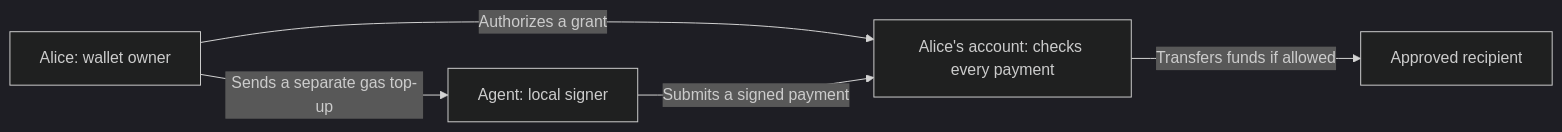
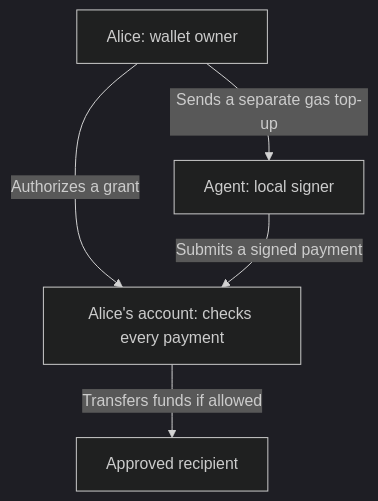
Before and after one commit to stablelabs/agentic.stable.xyz: the diagram in README.md, drawn with Mermaid (dark theme).

Commit message:
Improve overview diagram readability

````diff
--- a/README.md
+++ b/README.md
@@ -20,7 +20,7 @@
 ```mermaid
-flowchart LR
+flowchart TD
     Alice[Alice: wallet owner] -->|Authorizes a grant|Account[Alice's account: checks every payment]
     Alice -->|Sends a separate gas top-up|Agent[Agent: local signer]
     Agent -->|Submits a signed payment|Account
     Account -->|Transfers funds if allowed|Recipient[Approved recipient]
 ```
````
